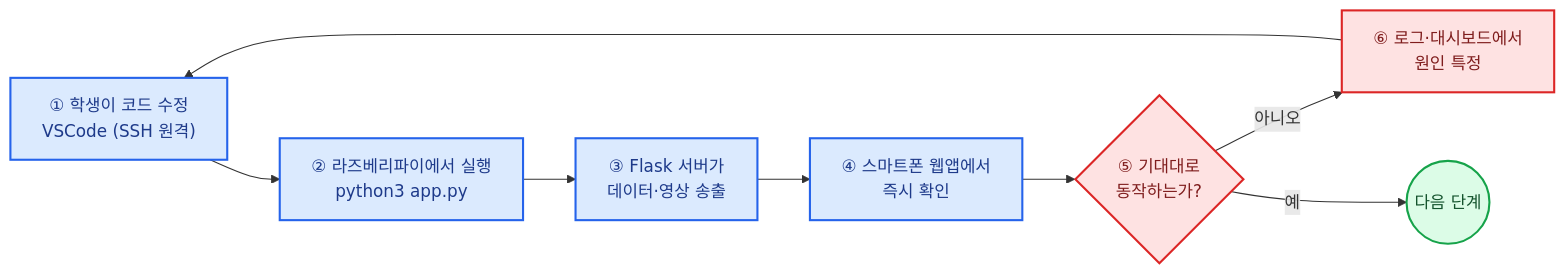
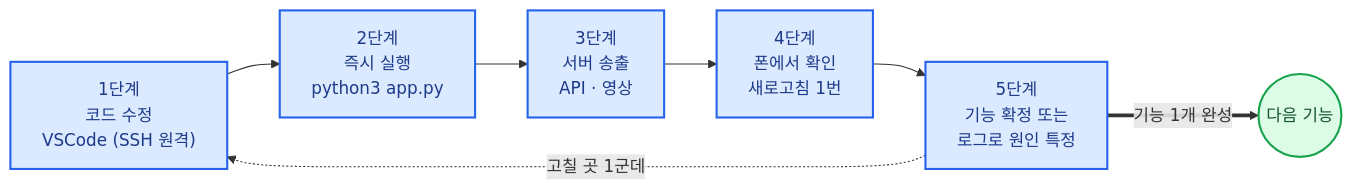
One commit to Collegenie-X/AIMakerLab_Web changed the fourth of 27 diagrams in documents/CURRICULUM/라즈베리파이_자율주행차_감시카메라_3-6-12시간_단계별_커리큘럼.md. Above: the diagram before and after it, drawn with Mermaid. The commit also changed other lines of this file and 36 other files, not shown here.

````diff
--- a/documents/CURRICULUM/라즈베리파이_자율주행차_감시카메라_3-6-12시간_단계별_커리큘럼.md
+++ b/documents/CURRICULUM/라즈베리파이_자율주행차_감시카메라_3-6-12시간_단계별_커리큘럼.md
@@ -150,17 +169,14 @@
 ```mermaid
 flowchart LR
-    CODE["① 학생이 코드 수정<br/>VSCode (SSH 원격)"] --> RUN["② 라즈베리파이에서 실행<br/>python3 app.py"]
-    RUN --> SRV["③ Flask 서버가<br/>데이터·영상 송출"]
-    SRV --> PHONE["④ 스마트폰 웹앱에서<br/>즉시 확인"]
-    PHONE --> JUDGE{"⑤ 기대대로<br/>동작하는가?"}
-    JUDGE -- "아니오" --> LOG["⑥ 로그·대시보드에서<br/>원인 특정"]
-    LOG --> CODE
-    JUDGE -- "예" --> NEXT(("다음 단계"))
+    V1["1단계<br/>코드 수정<br/>VSCode (SSH 원격)"] --> V2["2단계<br/>즉시 실행<br/>python3 app.py"]
+    V2 --> V3["3단계<br/>서버 송출<br/>API · 영상"]
+    V3 --> V4["4단계<br/>폰에서 확인<br/>새로고침 1번"]
+    V4 --> V5["5단계<br/>기능 확정 또는<br/>로그로 원인 특정"]
+    V5 -.->|"고칠 곳 1군데"| V1
+    V5 ==>|"기능 1개 완성"| NEXT(("다음 기능"))
 
     classDef s fill:#DBEAFE,stroke:#2563EB,stroke-width:2px,color:#1E3A8A
-    classDef w fill:#FEE2E2,stroke:#DC2626,stroke-width:2px,color:#7F1D1D
     classDef d fill:#DCFCE7,stroke:#16A34A,stroke-width:2px,color:#14532D
-    class CODE,RUN,SRV,PHONE s
-    class LOG,JUDGE w
+    class V1,V2,V3,V4,V5 s
     class NEXT d
 ```
````
